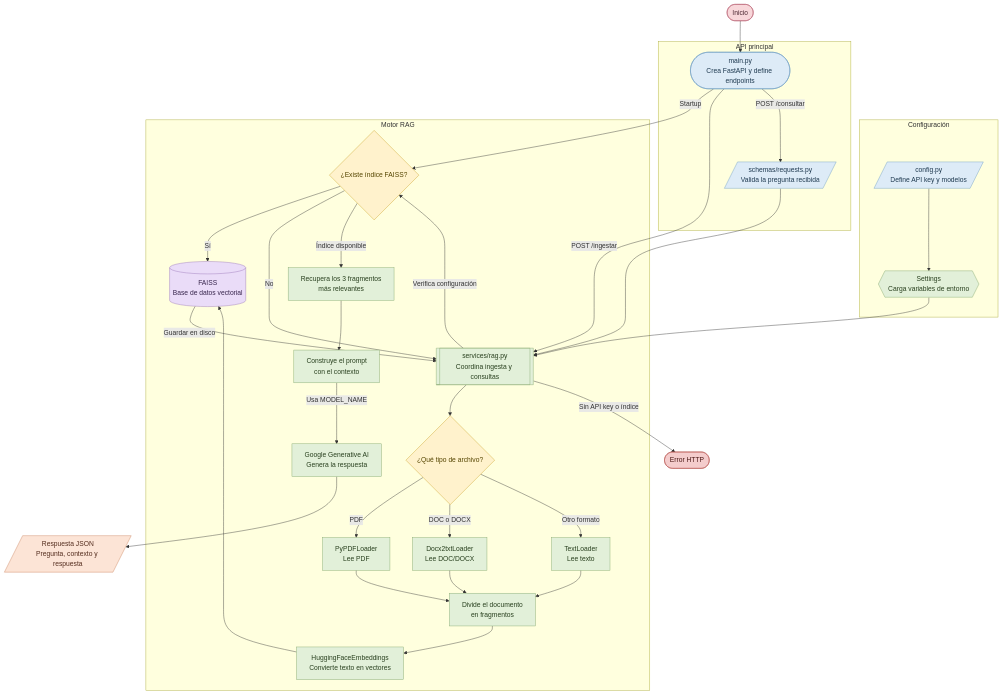
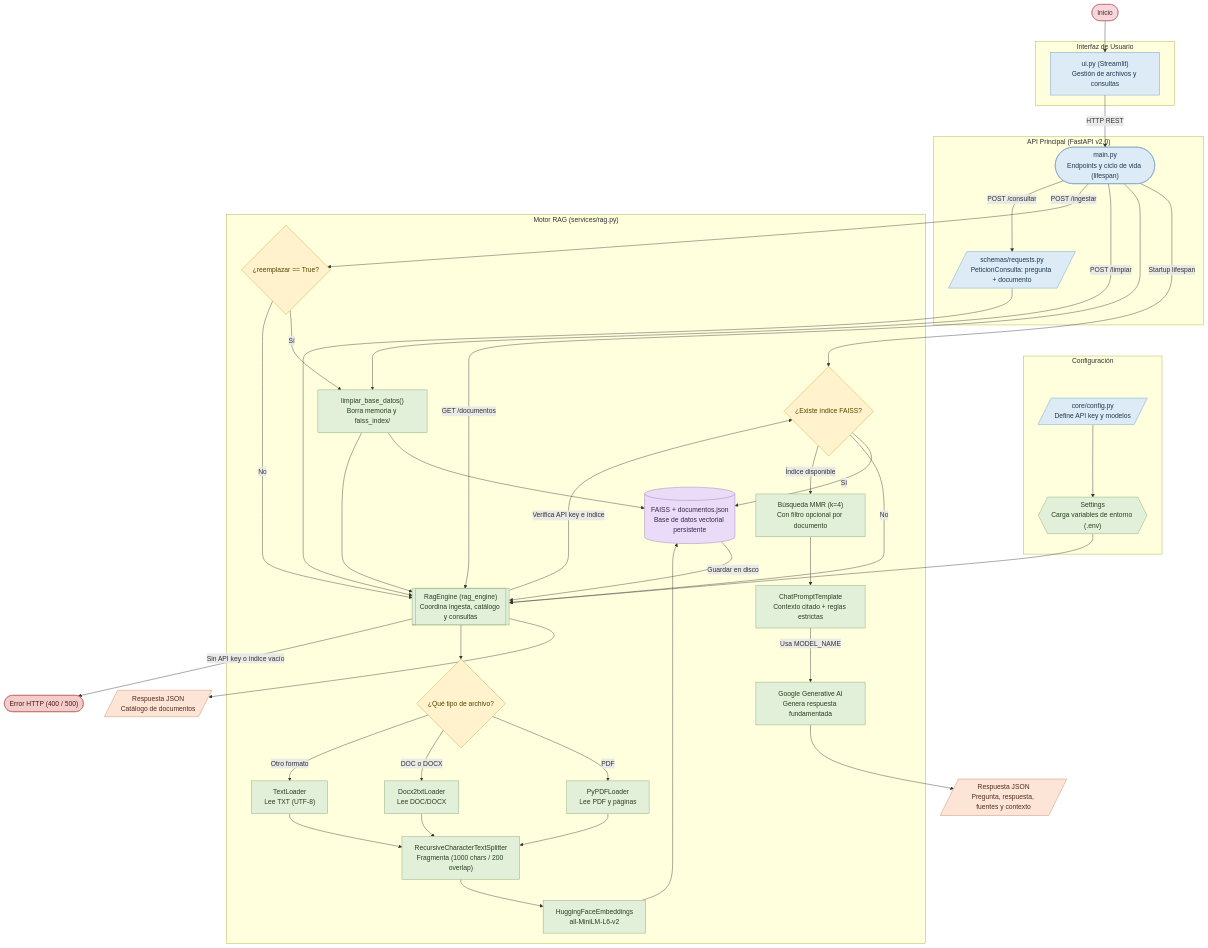
The diagram in flowchart/flowchart.mmd (RobbeAlex/DocuMind_AI), drawn with Mermaid before and after one commit. The commit also changed 4 other files, not shown here.

First line of the commit message:
Document RAG v2 architecture and deployment

```diff
--- a/flowchart/flowchart.mmd
+++ b/flowchart/flowchart.mmd
@@ -1,76 +1,93 @@
 flowchart TD
     Inicio(["Inicio"])
 
+    subgraph Cliente["Interfaz de Usuario"]
+        UI["ui.py (Streamlit)<br/>Gestión de archivos y consultas"]
+    end
+
     subgraph Configuracion["Configuración"]
-        Config[/config.py<br/>Define API key y modelos/]
-        Settings{{"Settings<br/>Carga variables de entorno"}}
+        Config[/core/config.py<br/>Define API key y modelos/]
+        Settings{{"Settings<br/>Carga variables de entorno (.env)"}}
         Config --> Settings
     end
 
-    subgraph API["API principal"]
-        Main(["main.py<br/>Crea FastAPI y define endpoints"])
-        Peticion[/schemas/requests.py<br/>Valida la pregunta recibida/]
+    subgraph API["API Principal (FastAPI v2.0)"]
+        Main(["main.py<br/>Endpoints y ciclo de vida (lifespan)"])
+        Peticion[/schemas/requests.py<br/>PeticionConsulta: pregunta + documento/]
     end
 
-    subgraph MotorRAG["Motor RAG"]
-        Rag[["services/rag.py<br/>Coordina ingesta y consultas"]]
+    subgraph MotorRAG["Motor RAG (services/rag.py)"]
+        Rag[["RagEngine (rag_engine)<br/>Coordina ingesta, catálogo y consultas"]]
         Cargar{"¿Existe índice FAISS?"}
+        Reemplazar{"¿reemplazar == True?"}
+        Limpiar["limpiar_base_datos()<br/>Borra memoria y faiss_index/"]
         Tipo{"¿Qué tipo de archivo?"}
-        PDF["PyPDFLoader<br/>Lee PDF"]
+        PDF["PyPDFLoader<br/>Lee PDF y páginas"]
         DOCX["Docx2txtLoader<br/>Lee DOC/DOCX"]
-        Texto["TextLoader<br/>Lee texto"]
-        Fragmentar["Divide el documento<br/>en fragmentos"]
-        Embeddings["HuggingFaceEmbeddings<br/>Convierte texto en vectores"]
-        Indice[("FAISS<br/>Base de datos vectorial")]
-        Recuperar["Recupera los 3 fragmentos<br/>más relevantes"]
-        Prompt["Construye el prompt<br/>con el contexto"]
-        LLM["Google Generative AI<br/>Genera la respuesta"]
+        Texto["TextLoader<br/>Lee TXT (UTF-8)"]
+        Fragmentar["RecursiveCharacterTextSplitter<br/>Fragmenta (1000 chars / 200 overlap)"]
+        Embeddings["HuggingFaceEmbeddings<br/>all-MiniLM-L6-v2"]
+        Indice[("FAISS + documentos.json<br/>Base de datos vectorial persistente")]
+        Recuperar["Búsqueda MMR (k=4)<br/>Con filtro opcional por documento"]
+        Prompt["ChatPromptTemplate<br/>Contexto citado + reglas estrictas"]
+        LLM["Google Generative AI<br/>Genera respuesta fundamentada"]
     end
 
-    Respuesta[/Respuesta JSON<br/>Pregunta, contexto y respuesta/]
-    Error(["Error HTTP"])
+    Respuesta[/Respuesta JSON<br/>Pregunta, respuesta, fuentes y contexto/]
+    ListaDocs[/Respuesta JSON<br/>Catálogo de documentos/]
+    Error(["Error HTTP (400 / 500)"])
 
-    Inicio --> Main
+    Inicio --> UI
+    UI -->|HTTP REST| Main
     Settings --> Rag
-    Main -->|Startup| Cargar
+    Main -->|Startup lifespan| Cargar
     Cargar -->|Sí| Indice
     Cargar -->|No| Rag
 
-    Main -->|POST /ingestar| Rag
+    Main -->|GET /documentos| Rag
+    Rag --> ListaDocs
+
+    Main -->|POST /limpiar| Limpiar
+    Limpiar --> Indice
+
+    Main -->|POST /ingestar| Reemplazar
+    Reemplazar -->|Sí| Limpiar
+    Reemplazar -->|No| Rag
+    Limpiar --> Rag
     Rag --> Tipo
     Tipo -->|PDF| PDF
     Tipo -->|DOC o DOCX| DOCX
     Tipo -->|Otro formato| Texto
 
     PDF --> Fragmentar
     DOCX --> Fragmentar
     Texto --> Fragmentar
     Fragmentar --> Embeddings
     Embeddings --> Indice
     Indice -->|Guardar en disco| Rag
 
     Main -->|POST /consultar| Peticion
     Peticion --> Rag
-    Rag -->|Verifica configuración| Cargar
+    Rag -->|Verifica API key e índice| Cargar
     Cargar -->|Índice disponible| Recuperar
     Recuperar --> Prompt
     Prompt -->|Usa MODEL_NAME| LLM
     LLM --> Respuesta
 
-    Rag -->|Sin API key o índice| Error
+    Rag -->|Sin API key o índice vacío| Error
 
     classDef inicio fill:#F8D7DA,stroke:#B85C70,color:#4A2630
     classDef archivo fill:#DDEBF7,stroke:#6B9AC4,color:#1F3A50
     classDef proceso fill:#E2F0D9,stroke:#82A66B,color:#29401F
     classDef decision fill:#FFF2CC,stroke:#C9A227,color:#554500
     classDef datos fill:#EADCF8,stroke:#9875B8,color:#38264D
     classDef salida fill:#FCE4D6,stroke:#C9825B,color:#542D1E
     classDef error fill:#F4CCCC,stroke:#B85450,color:#4A1715
 
     class Inicio inicio
-    class Config,Main,Peticion archivo
-    class Settings,Rag,PDF,DOCX,Texto,Fragmentar,Embeddings,Recuperar,Prompt,LLM proceso
-    class Cargar,Tipo decision
+    class UI,Config,Main,Peticion archivo
+    class Settings,Rag,Limpiar,PDF,DOCX,Texto,Fragmentar,Embeddings,Recuperar,Prompt,LLM proceso
+    class Cargar,Reemplazar,Tipo decision
     class Indice datos
-    class Respuesta salida
+    class Respuesta,ListaDocs salida
     class Error error
```
